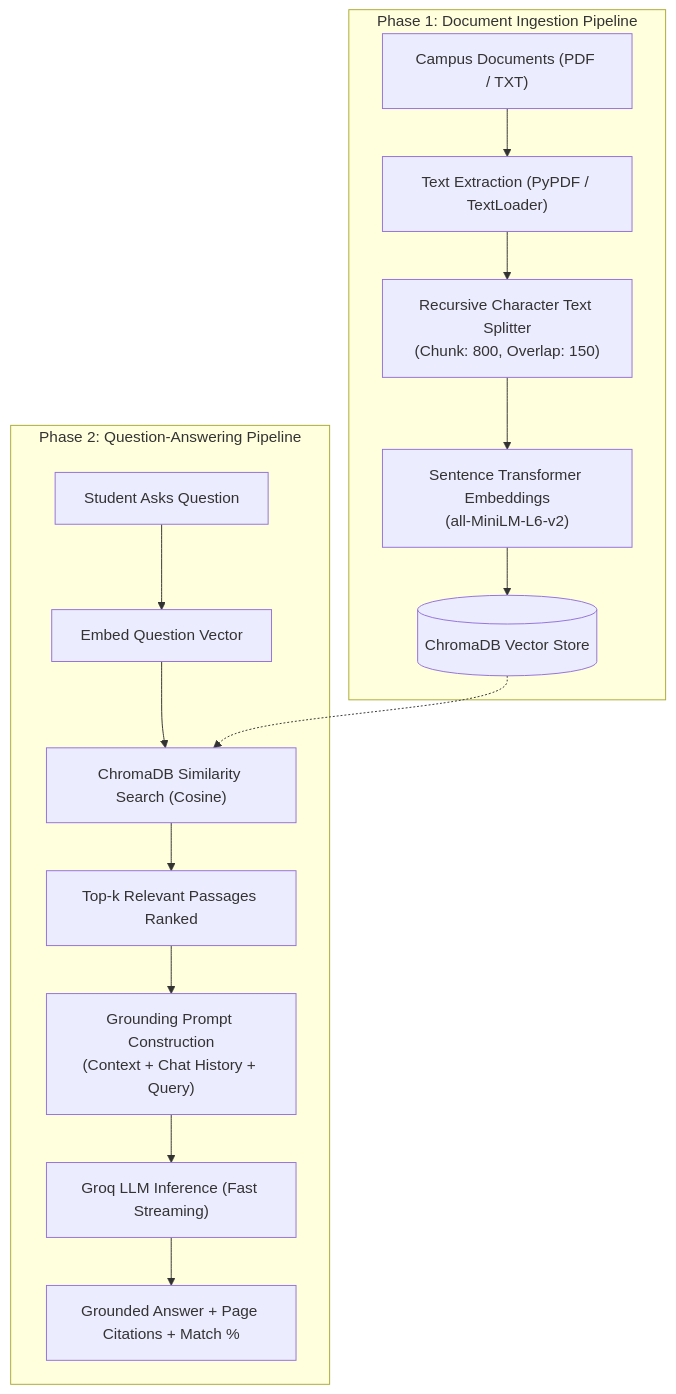
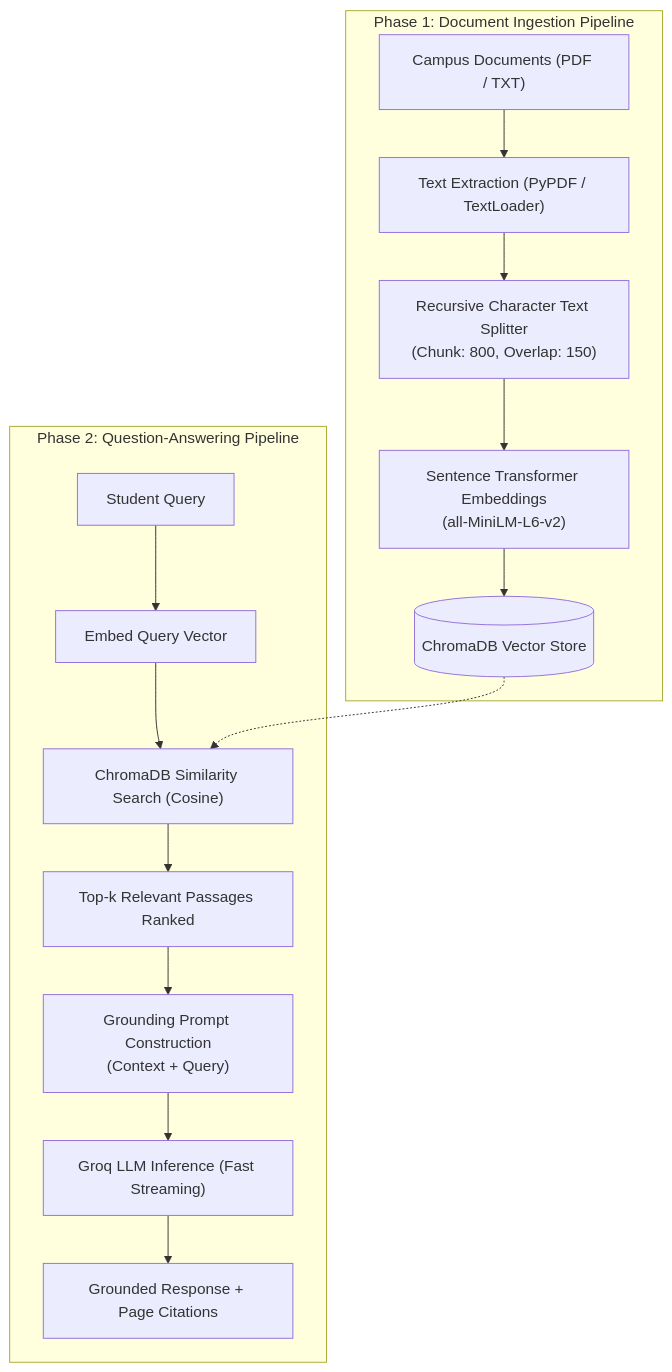
One commit to Devpatel7777/Campus_knowledge_Ai changed the diagram in README.md. Above: the diagram before and after it, drawn with Mermaid. The commit also changed other lines of this file, not shown here.

````diff
--- a/README.md
+++ b/README.md
@@ -52,19 +67,19 @@
 ```mermaid
 flowchart TD
     subgraph Ingestion_Pipeline["Phase 1: Document Ingestion Pipeline"]
         A["Campus Documents (PDF / TXT)"] --> B["Text Extraction (PyPDF / TextLoader)"]
         B --> C["Recursive Character Text Splitter<br/>(Chunk: 800, Overlap: 150)"]
         C --> D["Sentence Transformer Embeddings<br/>(all-MiniLM-L6-v2)"]
         D --> E[("ChromaDB Vector Store")]
     end
 
     subgraph Query_Pipeline["Phase 2: Question-Answering Pipeline"]
-        F["Student Asks Question"] --> G["Embed Question Vector"]
+        F["Student Query"] --> G["Embed Query Vector"]
         G --> H["ChromaDB Similarity Search (Cosine)"]
         E -.-> H
         H --> I["Top-k Relevant Passages Ranked"]
-        I --> J["Grounding Prompt Construction<br/>(Context + Chat History + Query)"]
+        I --> J["Grounding Prompt Construction<br/>(Context + Query)"]
         J --> K["Groq LLM Inference (Fast Streaming)"]
-        K --> L["Grounded Answer + Page Citations + Match %"]
+        K --> L["Grounded Response + Page Citations"]
     end
 ```
````
